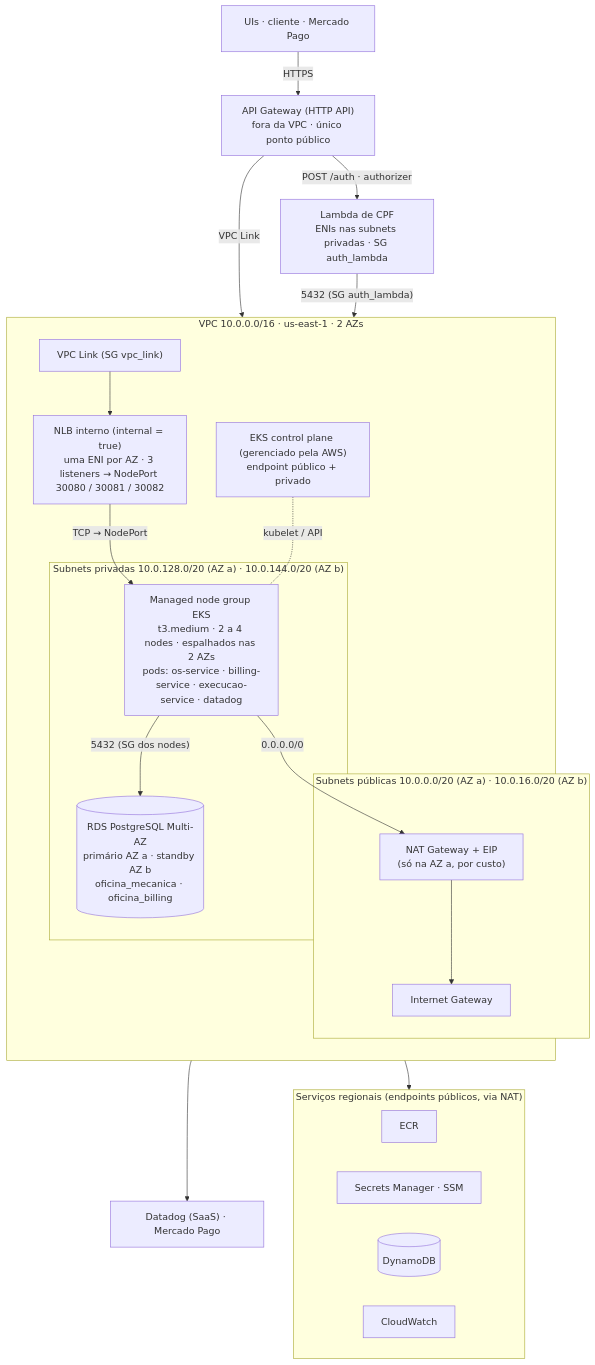
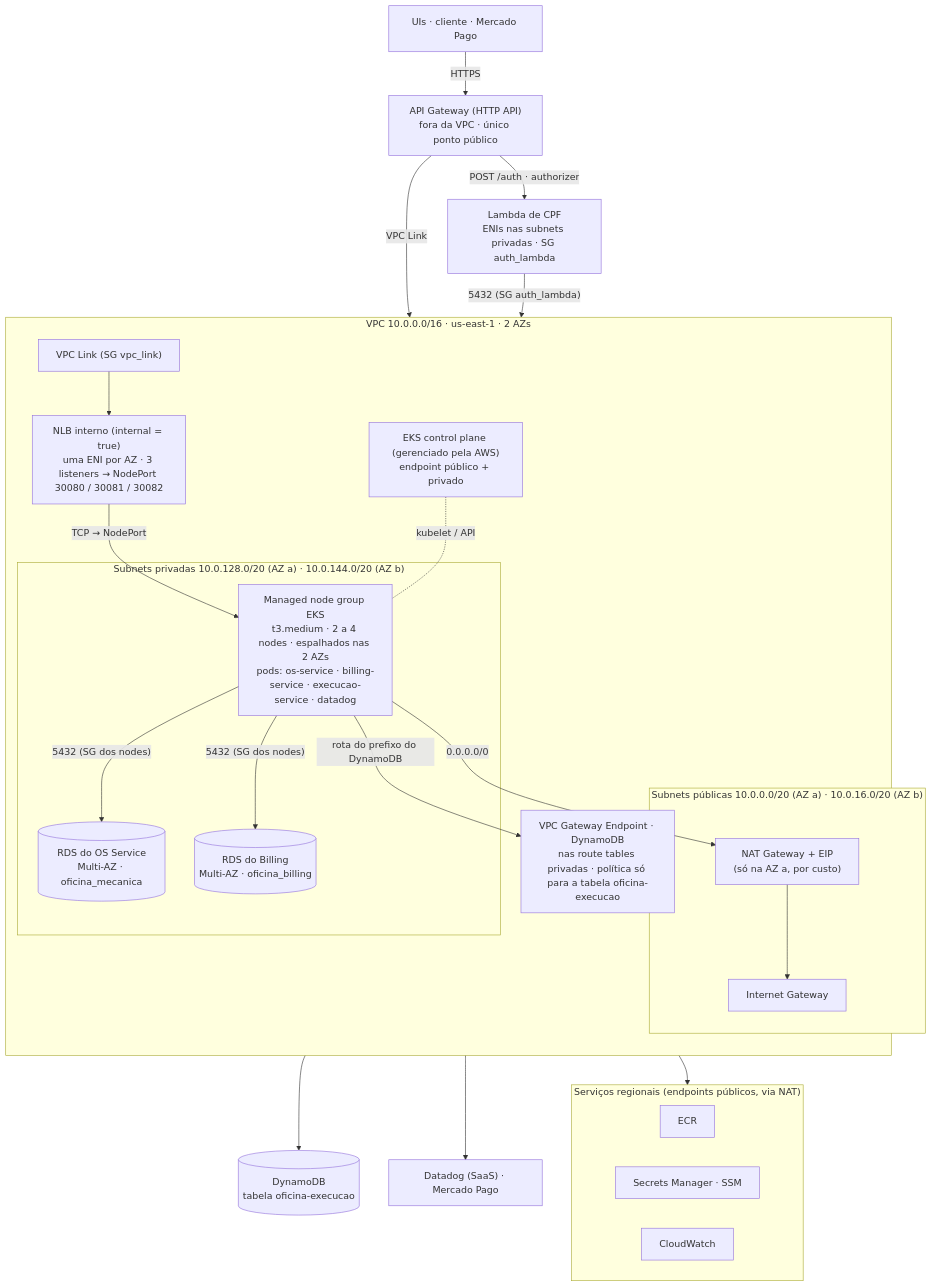
One commit to guilhermeqmaia/soat-fiap-oficina-os-service changed the second of 8 diagrams in docs/arquitetura/arquitetura-fase4.md. Above: the diagram before and after it, drawn with Mermaid. The commit also changed other lines of this file and 3 other files, not shown here.

Commit message:
docs(fase4): diagramas com uma instancia RDS por servico e VPC endpoint do DynamoDB (ADR-0014)

````diff
--- a/docs/arquitetura/arquitetura-fase4.md
+++ b/docs/arquitetura/arquitetura-fase4.md
@@ -109,43 +113,47 @@
 ```mermaid
 flowchart TB
     USERS["UIs · cliente · Mercado Pago"]
     GW["API Gateway (HTTP API)<br/>fora da VPC · único ponto público"]
     LAMBDA["Lambda de CPF<br/>ENIs nas subnets privadas · SG auth_lambda"]
 
     subgraph VPC["VPC 10.0.0.0/16 · us-east-1 · 2 AZs"]
         direction TB
         VPCLINK["VPC Link (SG vpc_link)"]
         NLB["NLB interno (internal = true)<br/>uma ENI por AZ · 3 listeners → NodePort 30080 / 30081 / 30082"]
 
         subgraph PUB["Subnets públicas 10.0.0.0/20 (AZ a) · 10.0.16.0/20 (AZ b)"]
             IGW["Internet Gateway"]
             NAT["NAT Gateway + EIP<br/>(só na AZ a, por custo)"]
         end
 
         subgraph PRIV["Subnets privadas 10.0.128.0/20 (AZ a) · 10.0.144.0/20 (AZ b)"]
             NODES["Managed node group EKS<br/>t3.medium · 2 a 4 nodes · espalhados nas 2 AZs<br/>pods: os-service · billing-service · execucao-service · datadog"]
-            RDS[("RDS PostgreSQL Multi-AZ<br/>primário AZ a · standby AZ b<br/>oficina_mecanica · oficina_billing")]
+            RDSOS[("RDS do OS Service<br/>Multi-AZ · oficina_mecanica")]
+            RDSBI[("RDS do Billing<br/>Multi-AZ · oficina_billing")]
         end
+
+        VPCE["VPC Gateway Endpoint · DynamoDB<br/>nas route tables privadas · política só para a tabela oficina-execucao"]
 
         CP["EKS control plane (gerenciado pela AWS)<br/>endpoint público + privado"]
     end
 
+    DYN[("DynamoDB<br/>tabela oficina-execucao")]
     subgraph REG["Serviços regionais (endpoints públicos, via NAT)"]
         ECR["ECR"]
         SM["Secrets Manager · SSM"]
-        DYN[("DynamoDB")]
         CW["CloudWatch"]
     end
     EXT["Datadog (SaaS) · Mercado Pago"]
 
     USERS -- "HTTPS" --> GW
     GW -- "POST /auth · authorizer" --> LAMBDA
     GW -- "VPC Link" --> VPCLINK --> NLB
     NLB -- "TCP → NodePort" --> NODES
-    NODES -- "5432 (SG dos nodes)" --> RDS
-    LAMBDA -- "5432 (SG auth_lambda)" --> RDS
+    NODES -- "5432 (SG dos nodes)" --> RDSOS & RDSBI
+    LAMBDA -- "5432 (SG auth_lambda)" --> RDSOS
+    NODES -- "rota do prefixo do DynamoDB" --> VPCE --> DYN
     CP -. "kubelet / API" .- NODES
     NODES -- "0.0.0.0/0" --> NAT --> IGW
     IGW --> REG
     IGW --> EXT
 ```
````
